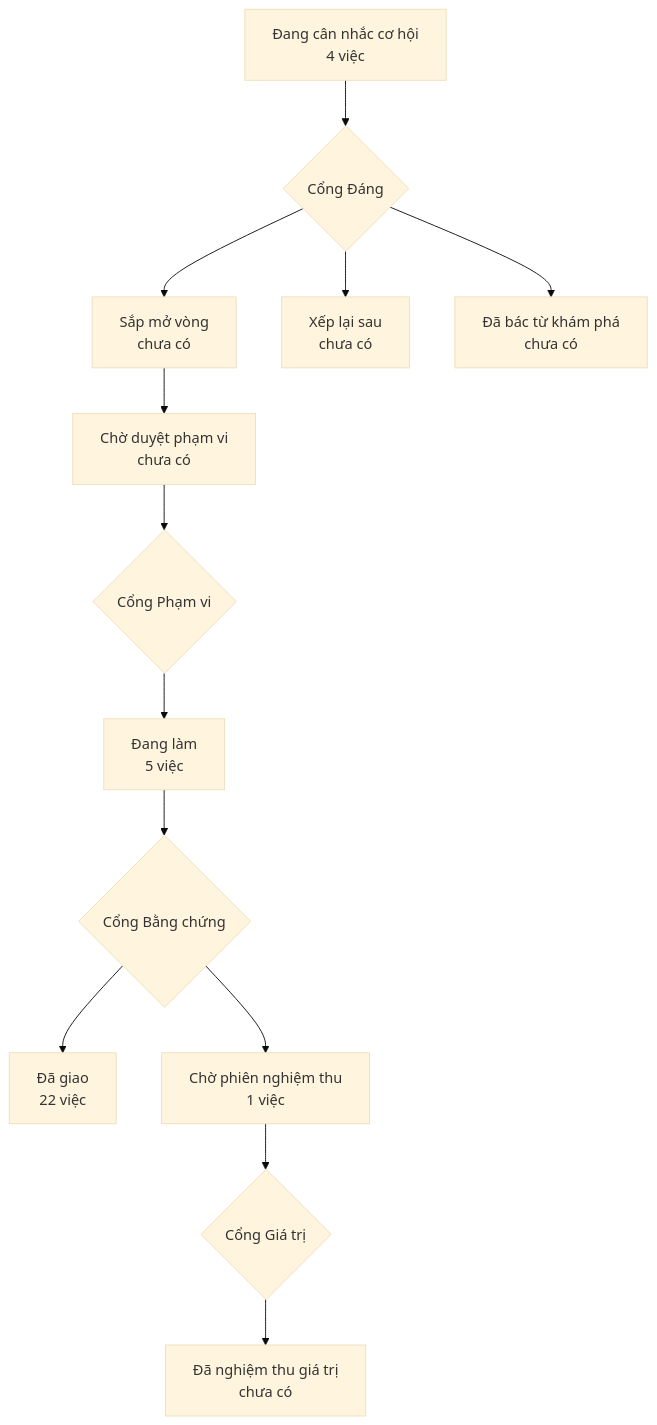
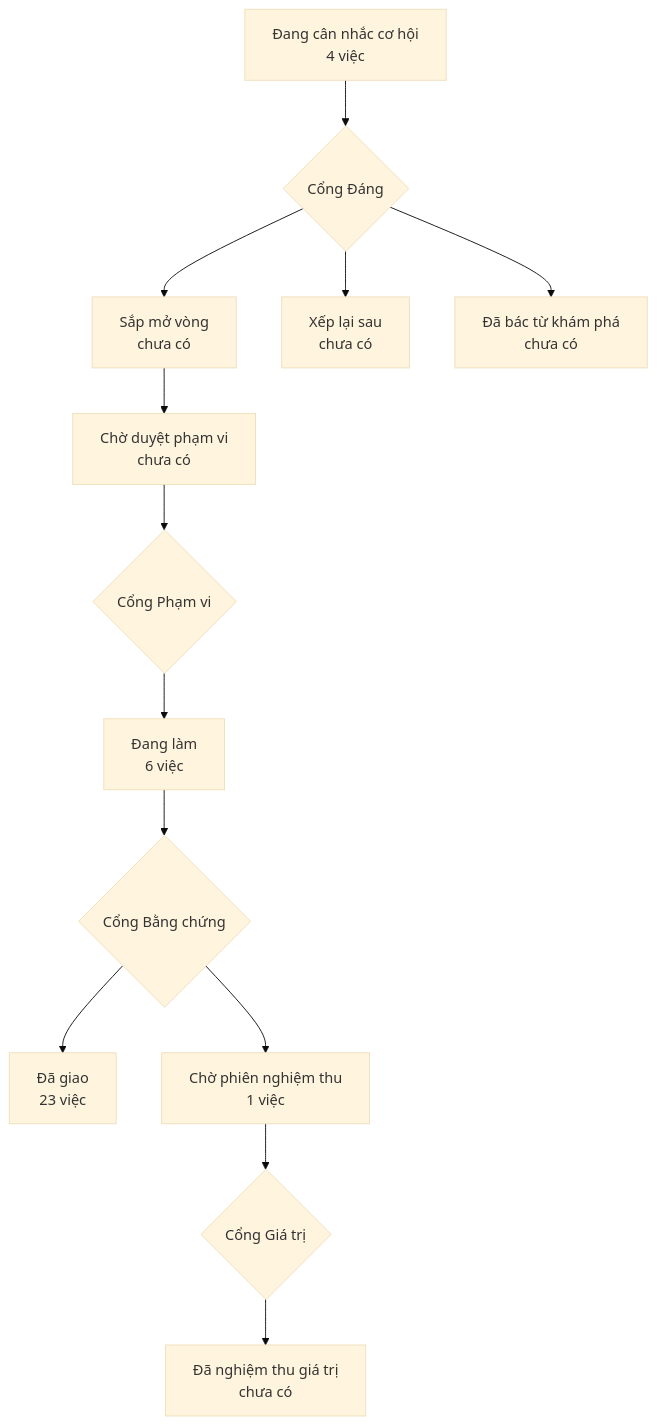
Before and after one commit to phanlemanh/crm-onehub: the diagram in PRODUCT-MAP.md, drawn with Mermaid (base theme). The commit also changed other lines of this file and 2 other files, not shown here.

Commit message:
Gate 2 signoff: quyen-luot-mang-theo — Manh Phan

````diff
--- a/PRODUCT-MAP.md
+++ b/PRODUCT-MAP.md
@@ -6,12 +6,12 @@
 ```mermaid
 flowchart TD
   A["Đang cân nhắc cơ hội<br/>4 việc"] --> GD{"Cổng Đáng"}
   GD --> B["Sắp mở vòng<br/>chưa có"]
   GD --> XL["Xếp lại sau<br/>chưa có"]
   GD --> DB["Đã bác từ khám phá<br/>chưa có"]
   B --> CD["Chờ duyệt phạm vi<br/>chưa có"] --> GP{"Cổng Phạm vi"}
-  GP --> DL["Đang làm<br/>5 việc"] --> GB{"Cổng Bằng chứng"}
-  GB --> DG["Đã giao<br/>22 việc"]
+  GP --> DL["Đang làm<br/>6 việc"] --> GB{"Cổng Bằng chứng"}
+  GB --> DG["Đã giao<br/>23 việc"]
   GB --> CN["Chờ phiên nghiệm thu<br/>1 việc"] --> GG{"Cổng Giá trị"}
   GG --> NT["Đã nghiệm thu giá trị<br/>chưa có"]
 ```
````
